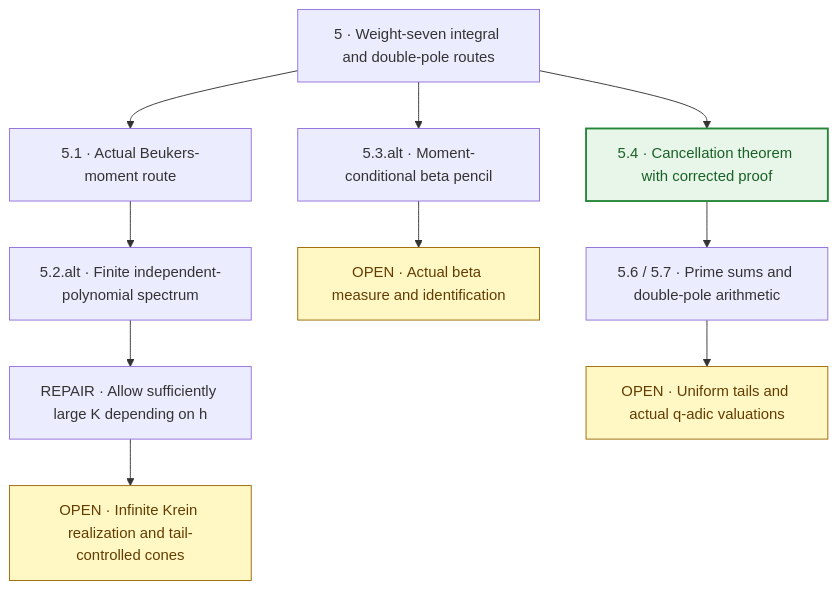
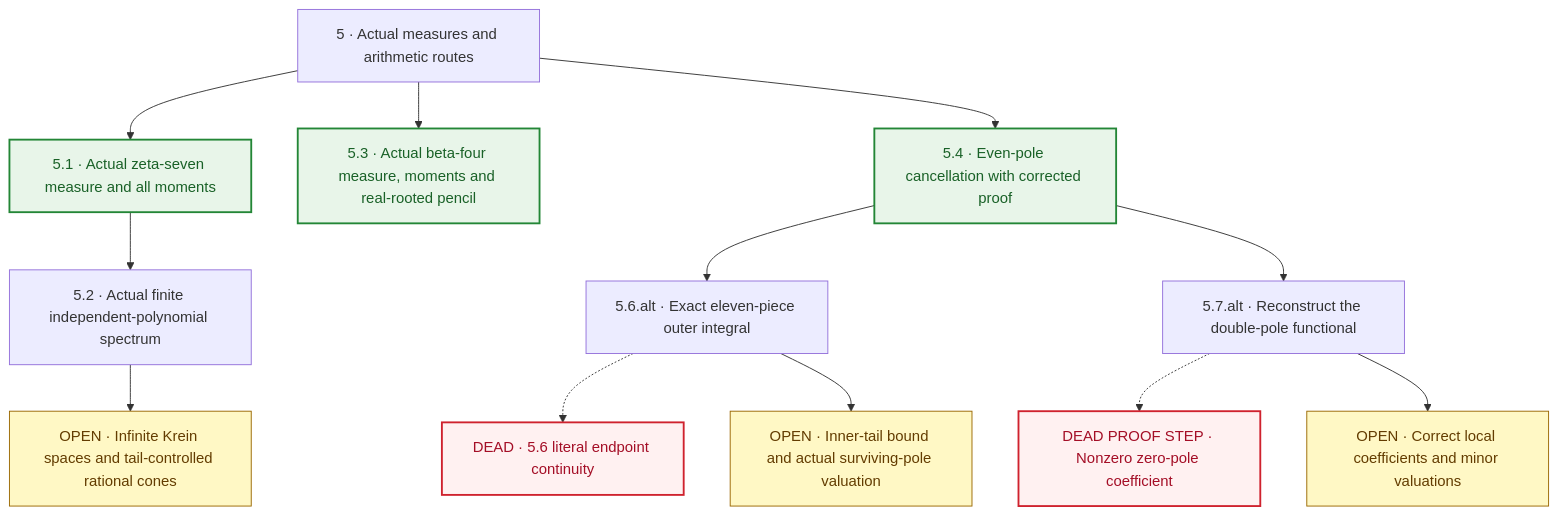
The eighth of 10 diagrams in README.md (randogelist/zetahyperbolic-axiom), drawn with Mermaid before and after one commit. The commit also changed other lines of this file and 28 other files, not shown here.

Commit message:
Record verified 260-module audit and complete manuscript theorem roadmap

````diff
--- a/README.md
+++ b/README.md
@@ -369,28 +377,34 @@
 ```mermaid
 flowchart TD
-    C5["5 · Weight-seven integral and double-pole routes"]
-    M["5.1 · Actual Beukers-moment route"]
-    F["5.2.alt · Finite independent-polynomial spectrum"]
-    T["OPEN · Infinite Krein realization and tail-controlled cones"]
-    Q["REPAIR · Allow sufficiently large K depending on h"]
-    B["5.3.alt · Moment-conditional beta pencil"]
-    BA["OPEN · Actual beta measure and identification"]
-    P["5.4 · Cancellation theorem with corrected proof"]
-    A["5.6 / 5.7 · Prime sums and double-pole arithmetic"]
-    AO["OPEN · Uniform tails and actual q-adic valuations"]
+    C5["5 · Actual measures and arithmetic routes"]
+    M["5.1 · Actual zeta-seven measure and all moments"]
+    F["5.2 · Actual finite independent-polynomial spectrum"]
+    T["OPEN · Infinite Krein spaces and tail-controlled rational cones"]
+    B["5.3 · Actual beta-four measure, moments and real-rooted pencil"]
+    P["5.4 · Even-pole cancellation with corrected proof"]
+    I["5.6.alt · Exact eleven-piece outer integral"]
+    D56["DEAD · 5.6 literal endpoint continuity"]
+    O56["OPEN · Inner-tail bound and actual surviving-pole valuation"]
+    R57["5.7.alt · Reconstruct the double-pole functional"]
+    D57["DEAD PROOF STEP · Nonzero zero-pole coefficient"]
+    O57["OPEN · Correct local coefficients and minor valuations"]
 
     C5 --> M
     M --> F
-    F --> Q
-    Q --> T
+    F --> T
     C5 --> B
-    B --> BA
     C5 --> P
-    P --> A
-    A --> AO
+    P --> I
+    I -.-> D56
+    I --> O56
+    P --> R57
+    R57 -.-> D57
+    R57 --> O57
 
     classDef verified fill:#e8f5e9,stroke:#238636,color:#196127,stroke-width:2px;
+    classDef dead fill:#fff1f1,stroke:#cf222e,color:#a40e26,stroke-width:2px;
     classDef open fill:#fff8c5,stroke:#9a6700,color:#633c01;
-    class P verified;
-    class T,BA,AO open;
+    class M,B,P verified;
+    class D56,D57 dead;
+    class T,O56,O57 open;
 ```
````
